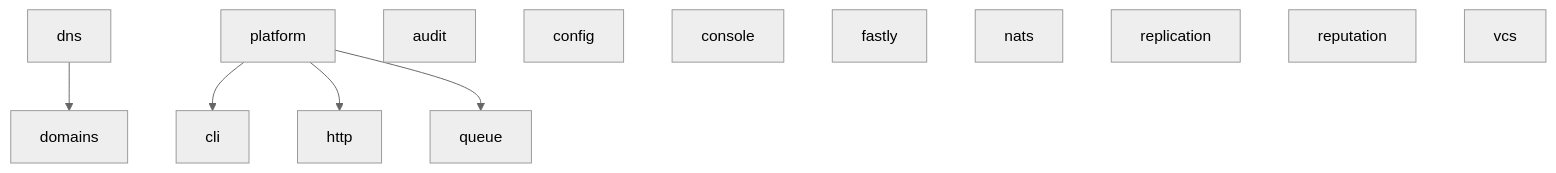
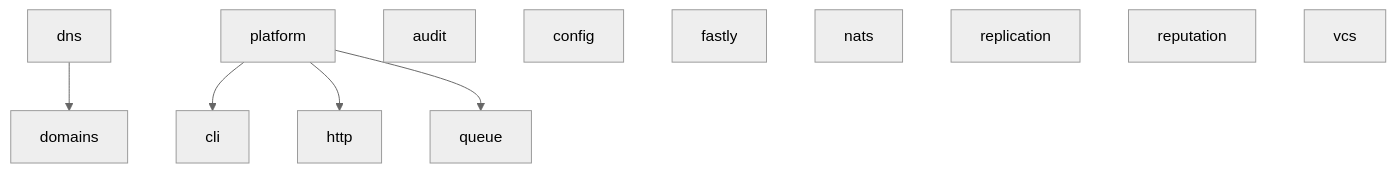
Before and after one commit to utopia-php/monorepo: the diagram in README.md, drawn with Mermaid (neutral theme). The commit also changed other lines of this file and 11 other files, not shown here.

````diff
--- a/README.md
+++ b/README.md
@@ -52,15 +52,14 @@
 ```mermaid
 graph TD
     dns --> domains
     platform --> cli
     platform --> http
     platform --> queue
     audit
     config
-    console
     fastly
     nats
     replication
     reputation
     vcs
 ```
````
